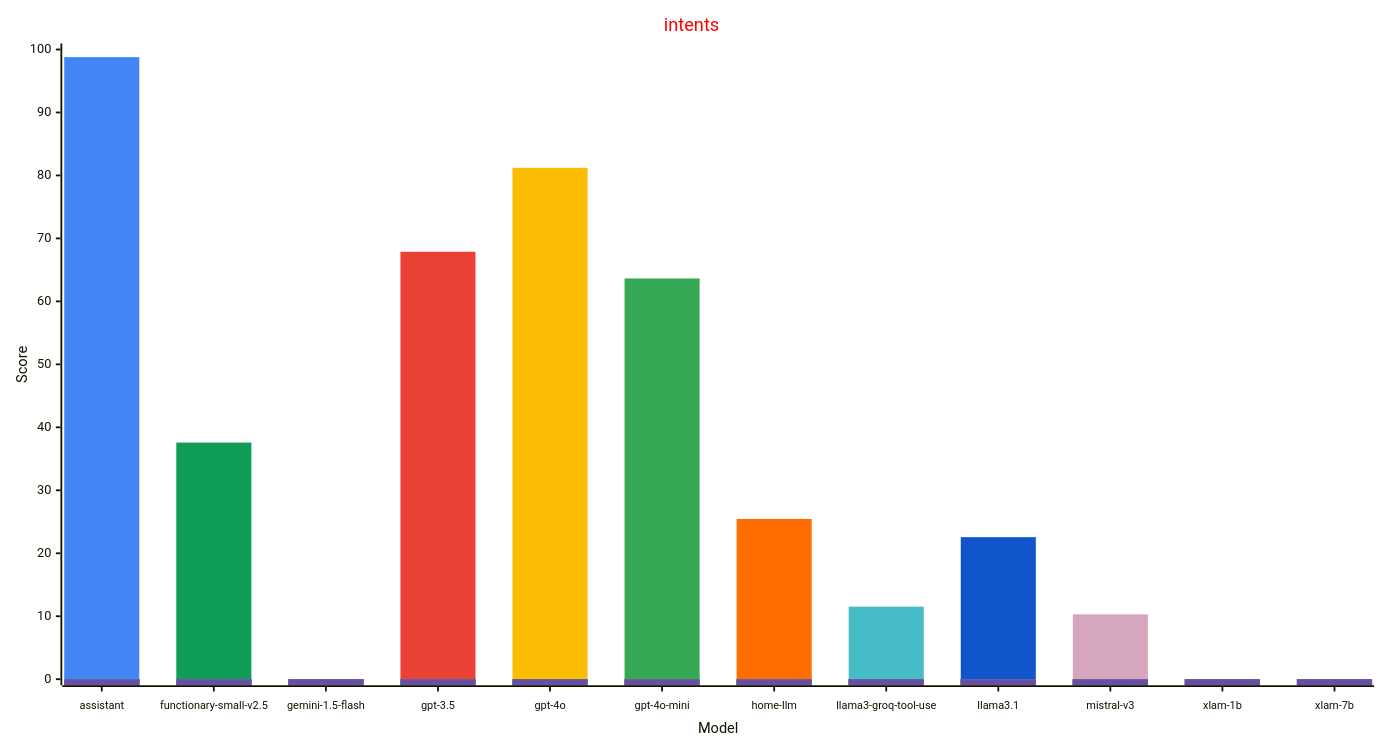
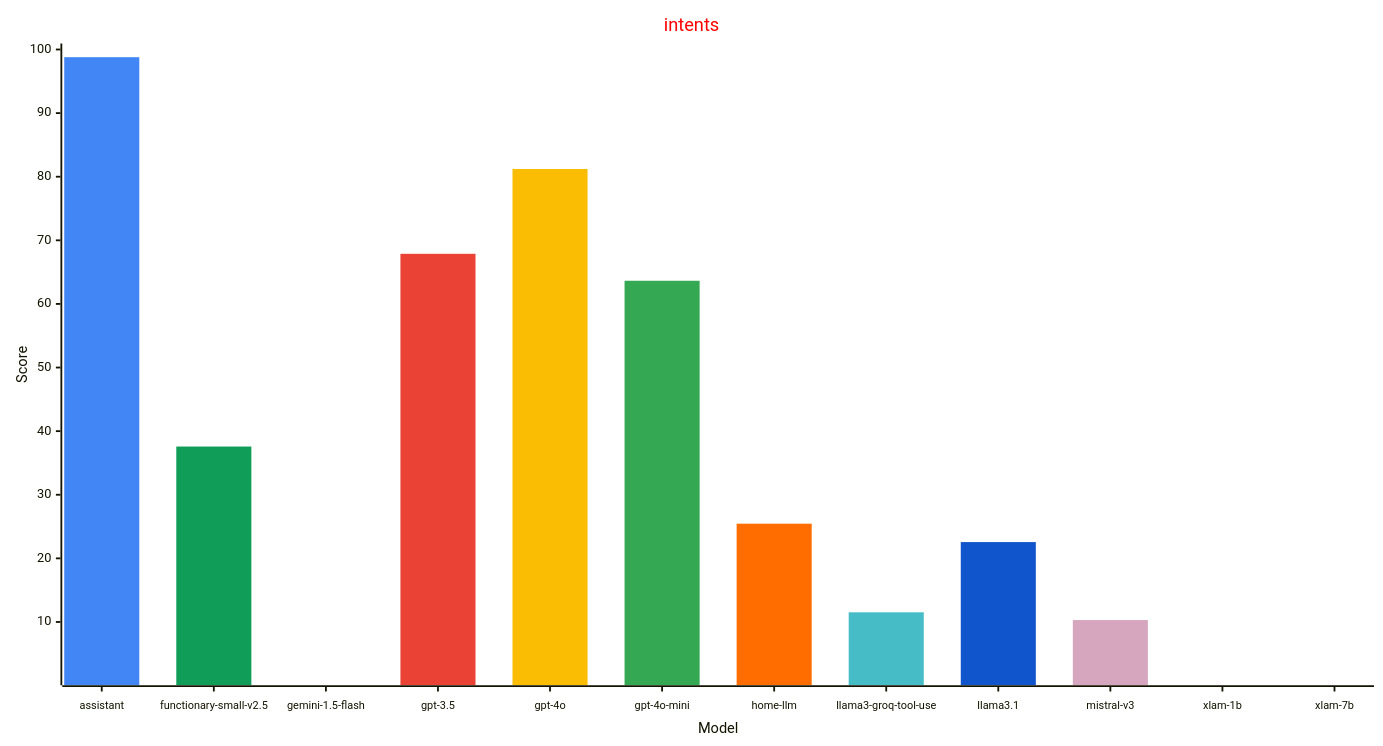
The third of 3 diagrams in reports/leaderboard.md (allenporter/home-assistant-datasets), drawn with Mermaid before and after one commit. The commit also changed other lines of this file, not shown here.

````diff
--- a/reports/leaderboard.md
+++ b/reports/leaderboard.md
@@ -84,32 +84,32 @@
 ```mermaid
 ---
 config:
     xyChart:
         width: 1500
         height: 800
         xAxis:
           labelFontSize: 12
           labelPadding: 8
     themeVariables:
         xyChart:
             titleColor: "#ff0000"
             plotColorPalette: "#4285f4, #0F9D58, #f4b400, #ea4335, #fbbc04, #34a853, #ff6d01, #46bdc6, #1155cc, #d5a6bd, #6aa84f, #674ea7"
 
 ---
 xychart-beta
   title "intents"
   x-axis "Model" [assistant, functionary-small-v2.5, gemini-1.5-flash, gpt-3.5, gpt-4o, gpt-4o-mini, home-llm, llama3-groq-tool-use, llama3.1, mistral-v3, xlam-1b, xlam-7b]
-  y-axis "Score" 0 --> 100
+  y-axis "Score" 1 --> 100
   bar [98.79, 0, 0, 0, 0, 0, 0, 0, 0, 0, 0, 0]
   bar [0, 37.58, 0, 0, 0, 0, 0, 0, 0, 0, 0, 0]
   bar [0, 0, 0, 0, 0, 0, 0, 0, 0, 0, 0, 0]
   bar [0, 0, 0, 67.88, 0, 0, 0, 0, 0, 0, 0, 0]
   bar [0, 0, 0, 0, 81.21, 0, 0, 0, 0, 0, 0, 0]
   bar [0, 0, 0, 0, 0, 63.64, 0, 0, 0, 0, 0, 0]
   bar [0, 0, 0, 0, 0, 0, 25.45, 0, 0, 0, 0, 0]
   bar [0, 0, 0, 0, 0, 0, 0, 11.52, 0, 0, 0, 0]
   bar [0, 0, 0, 0, 0, 0, 0, 0, 22.56, 0, 0, 0]
   bar [0, 0, 0, 0, 0, 0, 0, 0, 0, 10.3, 0, 0]
   bar [0, 0, 0, 0, 0, 0, 0, 0, 0, 0, 0, 0]
   bar [0, 0, 0, 0, 0, 0, 0, 0, 0, 0, 0, 0]
 ```
````
